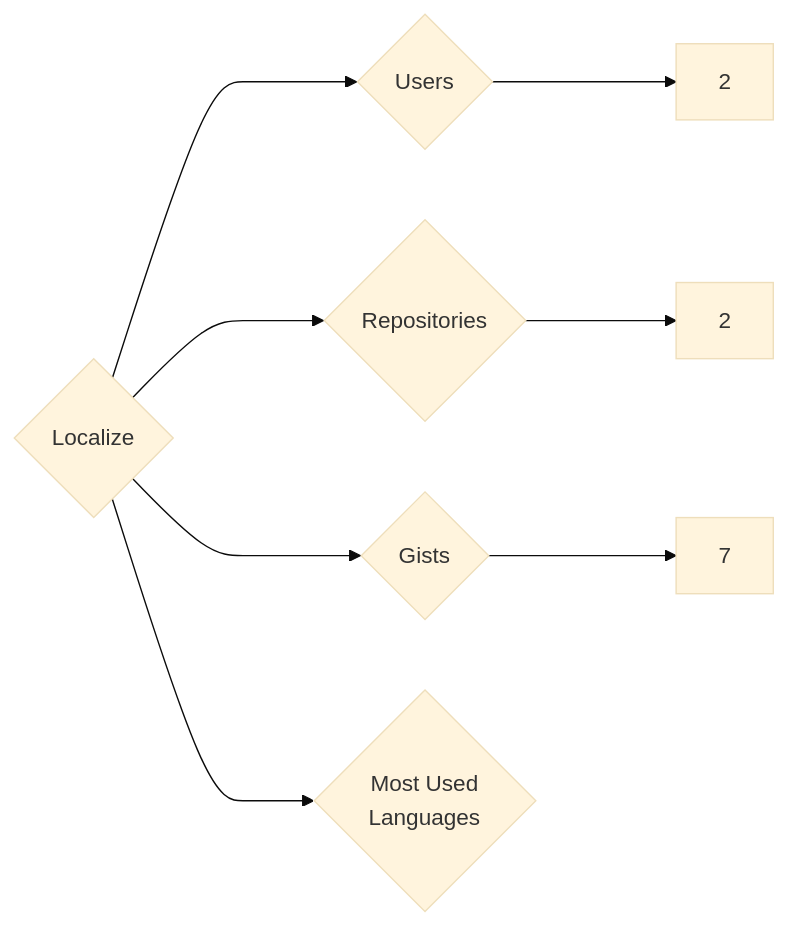
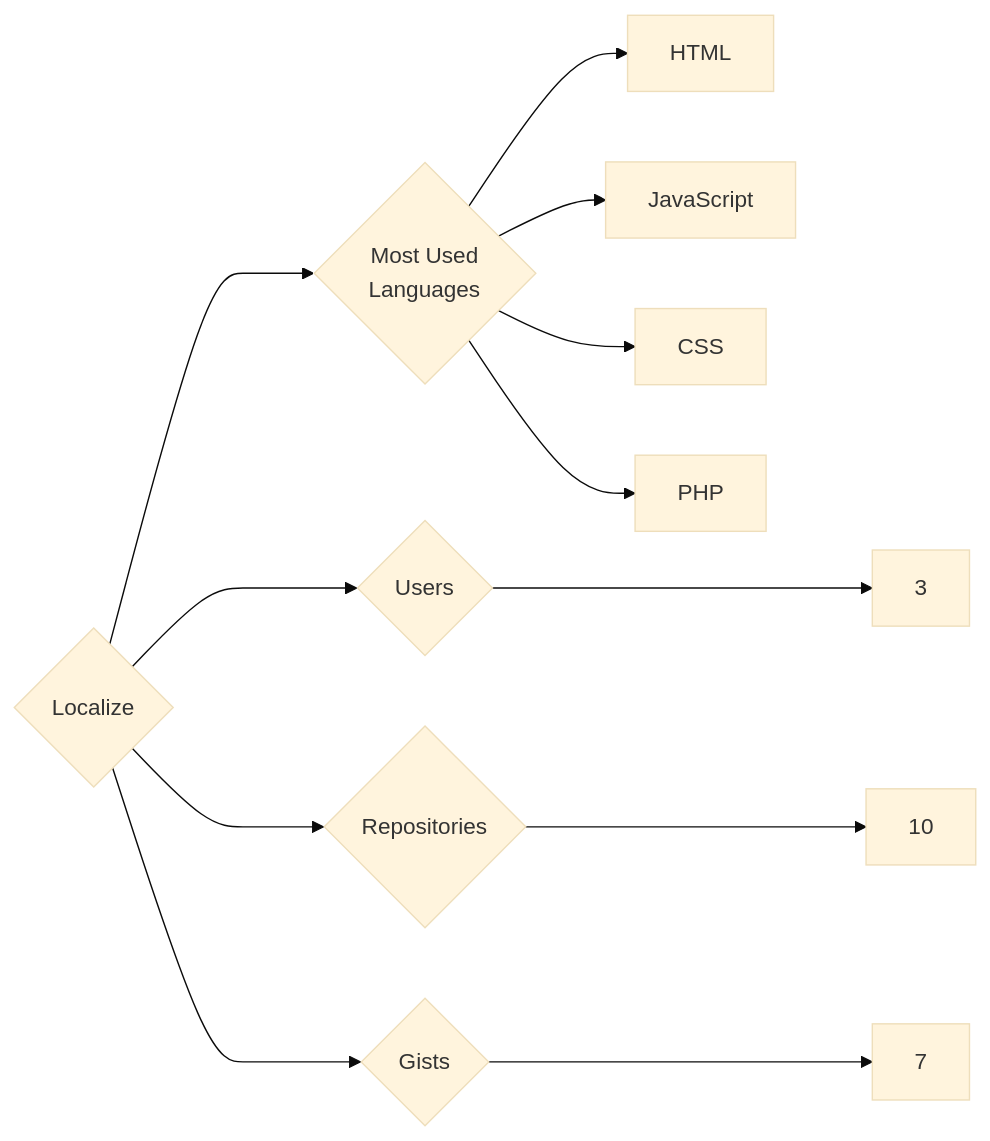
The diagram in targets/Localize/README.md (trickest/insiders), drawn with Mermaid (base theme) before and after one commit. The commit also changed 847 other files, not shown here.

````diff
--- a/targets/Localize/README.md
+++ b/targets/Localize/README.md
@@ -3,8 +3,12 @@
 ```mermaid
 graph LR
 COMPANY_NAME{Localize}
-COMPANY_NAME ---> U{Users} ---> UN[2]
-COMPANY_NAME ---> R{Repositories} ---> RN[2]
+COMPANY_NAME ---> U{Users} ---> UN[3]
+COMPANY_NAME ---> R{Repositories} ---> RN[10]
 COMPANY_NAME ---> G{Gists} ---> GN[7]
 COMPANY_NAME ---> ML{Most Used<br>Languages}
+ML --> HTML[HTML]
+ML --> JavaScript[JavaScript]
+ML --> CSS[CSS]
+ML --> PHP[PHP]
 ```
````
